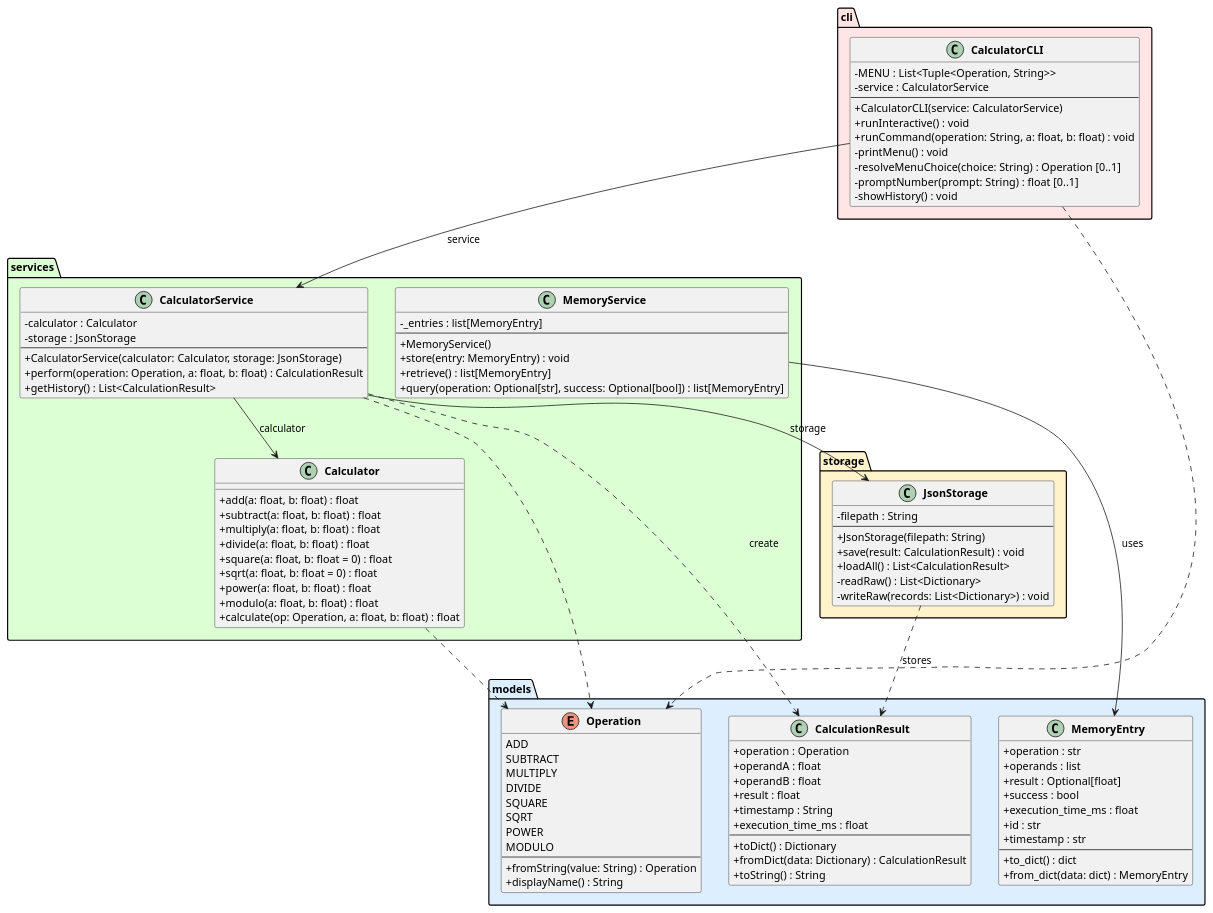
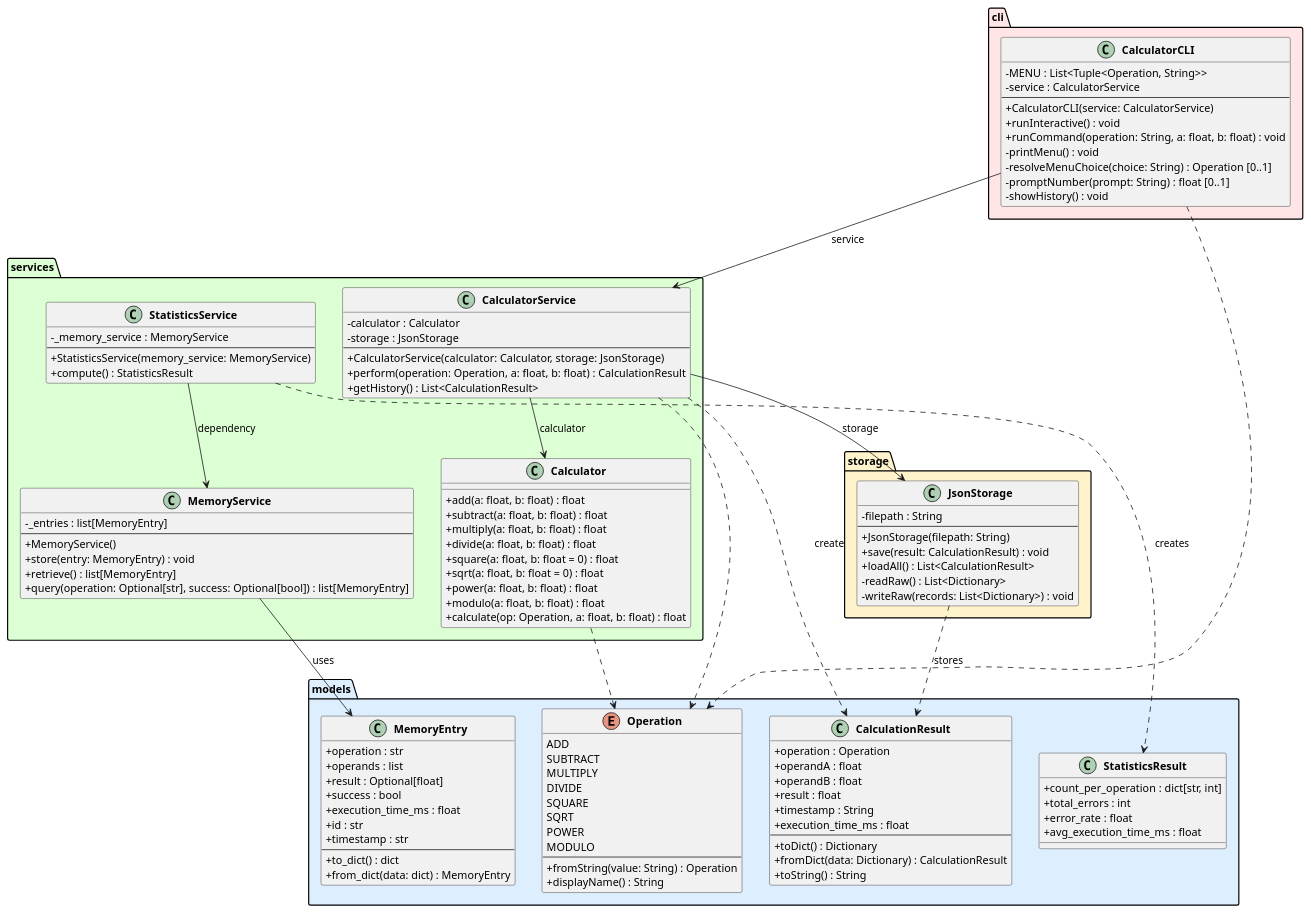
Before and after one commit to DanielRiha8906/Software_autoevolution_using_agents: the diagram in experiments/pipeline/test_driven/calculator/artifacts/class_diagram.puml, drawn with PlantUML. The commit also changed 8 other files, not shown here.

First line of the commit message:
task 06 | pipeline / test_driven / calculator - StatisticsService

```diff
--- a/experiments/pipeline/test_driven/calculator/artifacts/class_diagram.puml
+++ b/experiments/pipeline/test_driven/calculator/artifacts/class_diagram.puml
@@ -1,119 +1,136 @@
 @startuml class_diagram
 
 skinparam classAttributeIconSize 0
 skinparam classFontStyle bold
 
 package "models" #DDEEFF {
     enum Operation {
         ADD
         SUBTRACT
         MULTIPLY
         DIVIDE
         SQUARE
         SQRT
         POWER
         MODULO
         --
         +fromString(value: String) : Operation
         +displayName() : String
     }
 
     class CalculationResult {
         +operation : Operation
         +operandA : float
         +operandB : float
         +result : float
         +timestamp : String
         +execution_time_ms : float
         --
         +toDict() : Dictionary
         +fromDict(data: Dictionary) : CalculationResult
         +toString() : String
     }
 
     class MemoryEntry {
         +operation : str
         +operands : list
         +result : Optional[float]
         +success : bool
         +execution_time_ms : float
         +id : str
         +timestamp : str
         --
         +to_dict() : dict
         +from_dict(data: dict) : MemoryEntry
     }
+
+    class StatisticsResult {
+        +count_per_operation : dict[str, int]
+        +total_errors : int
+        +error_rate : float
+        +avg_execution_time_ms : float
+    }
 }
 
 package "services" #DDFFD4 {
     class Calculator {
         +add(a: float, b: float) : float
         +subtract(a: float, b: float) : float
         +multiply(a: float, b: float) : float
         +divide(a: float, b: float) : float
         +square(a: float, b: float = 0) : float
         +sqrt(a: float, b: float = 0) : float
         +power(a: float, b: float) : float
         +modulo(a: float, b: float) : float
         +calculate(op: Operation, a: float, b: float) : float
     }
 
     class CalculatorService {
         -calculator : Calculator
         -storage : JsonStorage
         --
         +CalculatorService(calculator: Calculator, storage: JsonStorage)
         +perform(operation: Operation, a: float, b: float) : CalculationResult
         +getHistory() : List<CalculationResult>
     }
 
     class MemoryService {
         -_entries : list[MemoryEntry]
         --
         +MemoryService()
         +store(entry: MemoryEntry) : void
         +retrieve() : list[MemoryEntry]
         +query(operation: Optional[str], success: Optional[bool]) : list[MemoryEntry]
+    }
+
+    class StatisticsService {
+        -_memory_service : MemoryService
+        --
+        +StatisticsService(memory_service: MemoryService)
+        +compute() : StatisticsResult
     }
 }
 
 package "storage" #FFF3CC {
     class JsonStorage {
         -filepath : String
         --
         +JsonStorage(filepath: String)
         +save(result: CalculationResult) : void
         +loadAll() : List<CalculationResult>
         -readRaw() : List<Dictionary>
         -writeRaw(records: List<Dictionary>) : void
     }
 }
 
 package "cli" #FFE5E5 {
     class CalculatorCLI {
         -MENU : List<Tuple<Operation, String>>
         -service : CalculatorService
         --
         +CalculatorCLI(service: CalculatorService)
         +runInteractive() : void
         +runCommand(operation: String, a: float, b: float) : void
         -printMenu() : void
         -resolveMenuChoice(choice: String) : Operation [0..1]
         -promptNumber(prompt: String) : float [0..1]
         -showHistory() : void
     }
 }
 
 CalculatorCLI --> CalculatorService : service
 CalculatorService --> Calculator : calculator
 CalculatorService --> JsonStorage : storage
 
 CalculatorService ..> CalculationResult : create
 CalculatorService ..> Operation
 CalculatorCLI ..> Operation
 Calculator ..> Operation
 JsonStorage ..> CalculationResult : stores
 
 MemoryService --> MemoryEntry : uses
 
+StatisticsService --> MemoryService : dependency
+StatisticsService ..> StatisticsResult : creates
+
 @enduml
```
